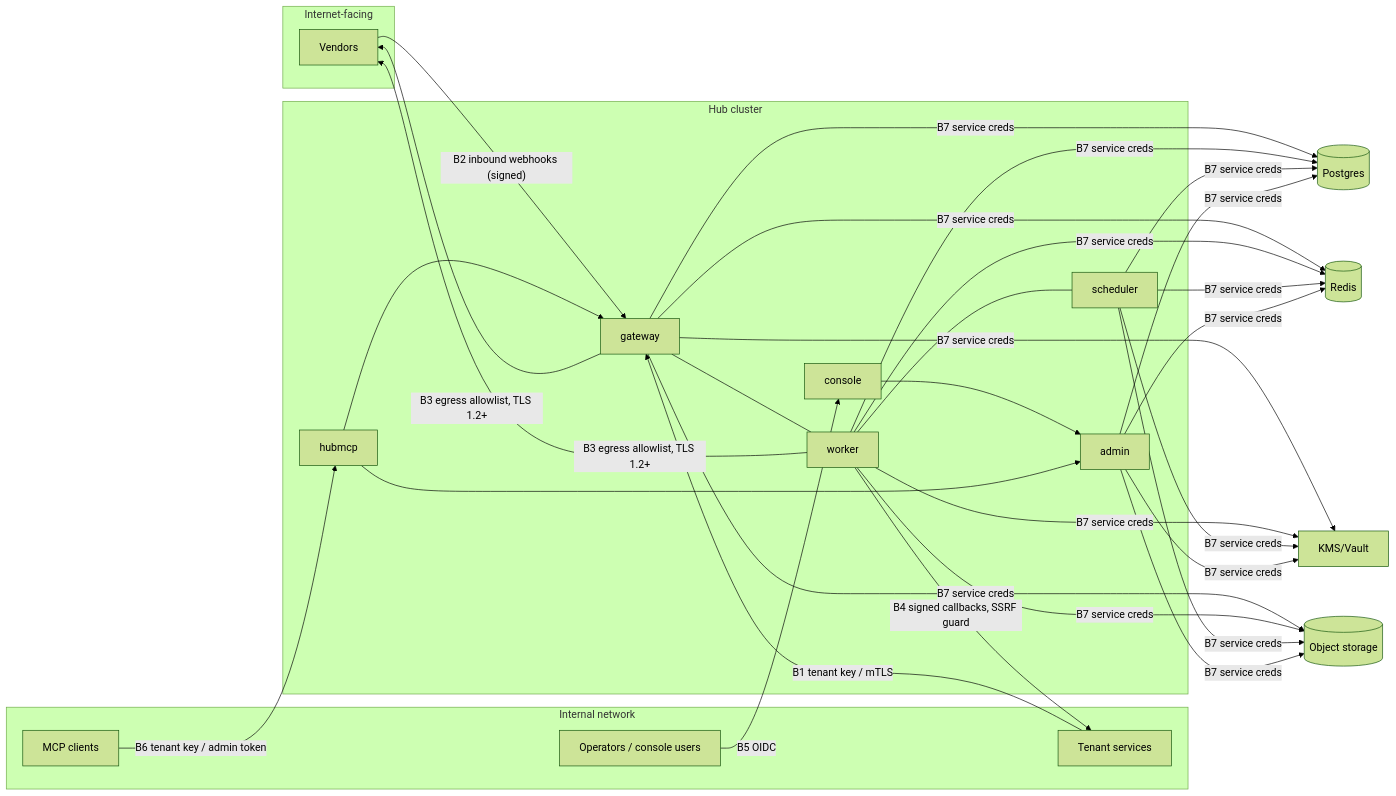
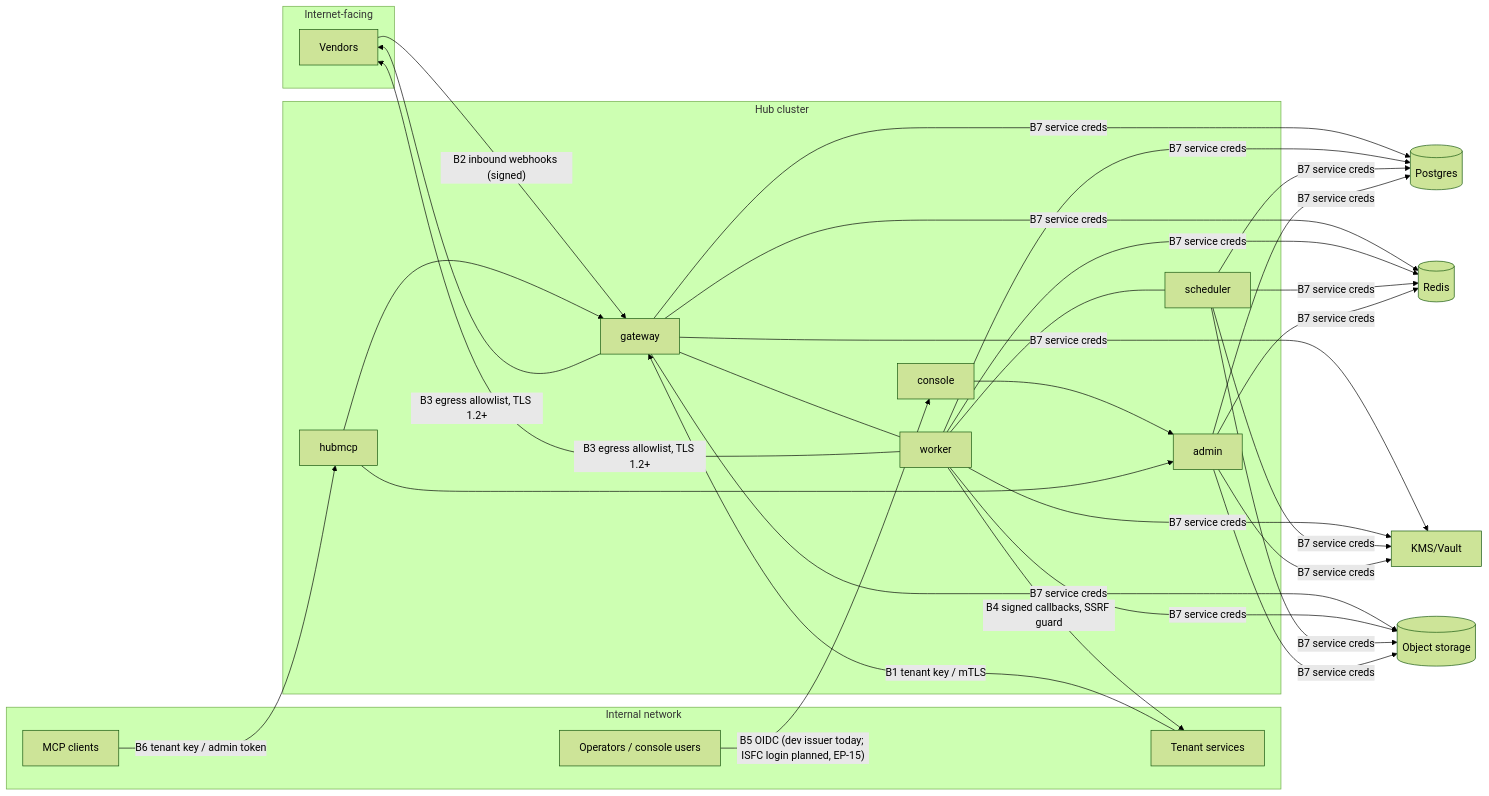
The first of 2 diagrams in docs/tech/SECURITY.md (Donquixot-Doflamingo/integration-hub), drawn with Mermaid (forest theme) before and after one commit. The commit also changed other lines of this file and 2 other files, not shown here.

First line of the commit message:
docs(tech): Fix the RBAC matrix and docs drift, add ISFC trust boundaries and env vars (HUB-468)

````diff
--- a/docs/tech/SECURITY.md
+++ b/docs/tech/SECURITY.md
@@ -21,25 +22,25 @@
 ```mermaid
 flowchart LR
   subgraph Internet-facing
     VEN[Vendors]
   end
   subgraph Internal network
     TEN[Tenant services]
     OPS[Operators / console users]
     MCPC[MCP clients]
   end
   subgraph Hub cluster
     GW[gateway] --- WK[worker] --- SCH[scheduler]
     ADM[admin]
     HM[hubmcp]
     CON[console]
   end
   DB[(Postgres)] & RD[(Redis)] & KMS[KMS/Vault] & OBJ[(Object storage)]
   TEN -- "B1 tenant key / mTLS" --> GW
   VEN -- "B2 inbound webhooks (signed)" --> GW
   GW & WK -- "B3 egress allowlist, TLS 1.2+" --> VEN
   WK -- "B4 signed callbacks, SSRF guard" --> TEN
-  OPS -- "B5 OIDC" --> CON --> ADM
+  OPS -- "B5 OIDC (dev issuer today; ISFC login planned, EP-15)" --> CON --> ADM
   MCPC -- "B6 tenant key / admin token" --> HM --> GW & ADM
   GW & WK & SCH & ADM -- "B7 service creds" --> DB & RD & KMS & OBJ
 ```
````
